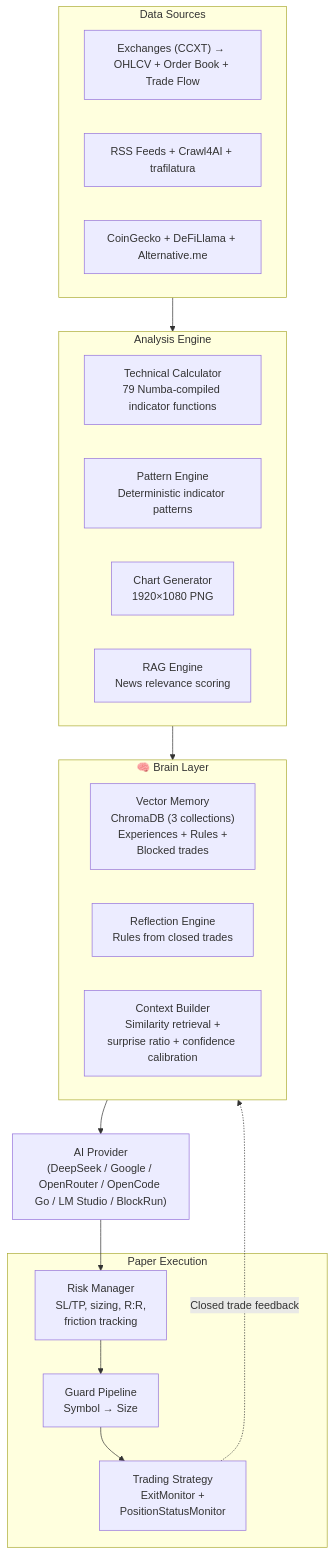
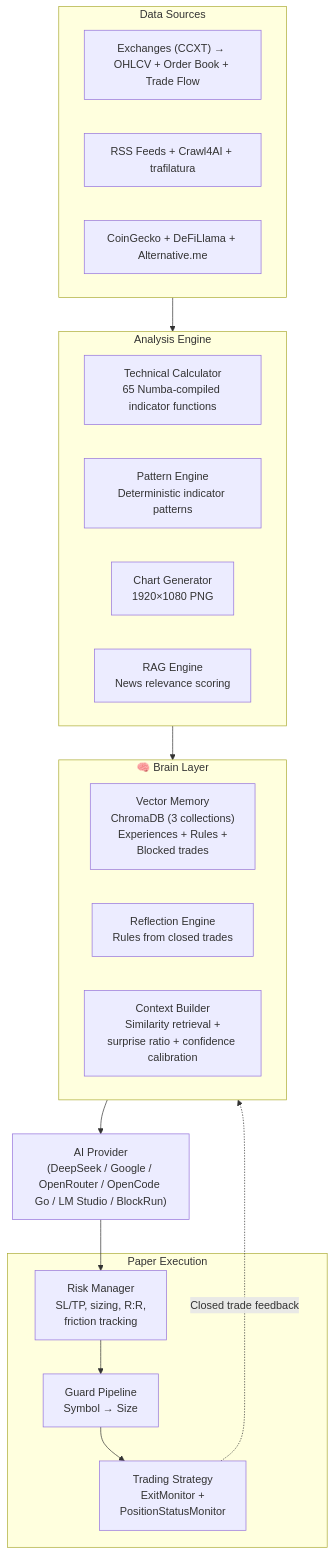
The diagram in README.md (qrak/LLM_trader), drawn with Mermaid before and after one commit. The commit also changed other lines of this file and 5 other files, not shown here.

````diff
--- a/README.md
+++ b/README.md
@@ -97,29 +97,29 @@
 ```mermaid
 flowchart TB
     subgraph Data["Data Sources"]
         EX["Exchanges (CCXT) → OHLCV + Order Book + Trade Flow"]
         NEWS["RSS Feeds + Crawl4AI + trafilatura"]
         FUND["CoinGecko + DeFiLlama + Alternative.me"]
     end
     subgraph Analysis["Analysis Engine"]
-        TC["Technical Calculator<br/>79 Numba-compiled indicator functions"]
+        TC["Technical Calculator<br/>65 Numba-compiled indicator functions"]
         PE["Pattern Engine<br/>Deterministic indicator patterns"]
         CG["Chart Generator<br/>1920×1080 PNG"]
         RAG["RAG Engine<br/>News relevance scoring"]
     end
     subgraph Brain["🧠 Brain Layer"]
         VM["Vector Memory<br/>ChromaDB (3 collections)<br/>Experiences + Rules +<br/>Blocked trades"]
         REFL["Reflection Engine<br/>Rules from closed trades"]
         CTX["Context Builder<br/>Similarity retrieval +<br/>surprise ratio + confidence calibration"]
     end
     subgraph Execution["Paper Execution"]
         RP["Risk Manager<br/>SL/TP, sizing, R:R,<br/>friction tracking"]
         GP["Guard Pipeline<br/>Symbol → Size"]
         STRAT["Trading Strategy<br/>ExitMonitor +<br/>PositionStatusMonitor"]
     end
     Data --> Analysis
     Analysis --> Brain
     Brain --> AI["AI Provider<br/>(DeepSeek / Google / OpenRouter / OpenCode Go / LM Studio / BlockRun)"]
     AI --> RP --> GP --> STRAT
     STRAT -.->|Closed trade feedback| Brain
 ```
````
